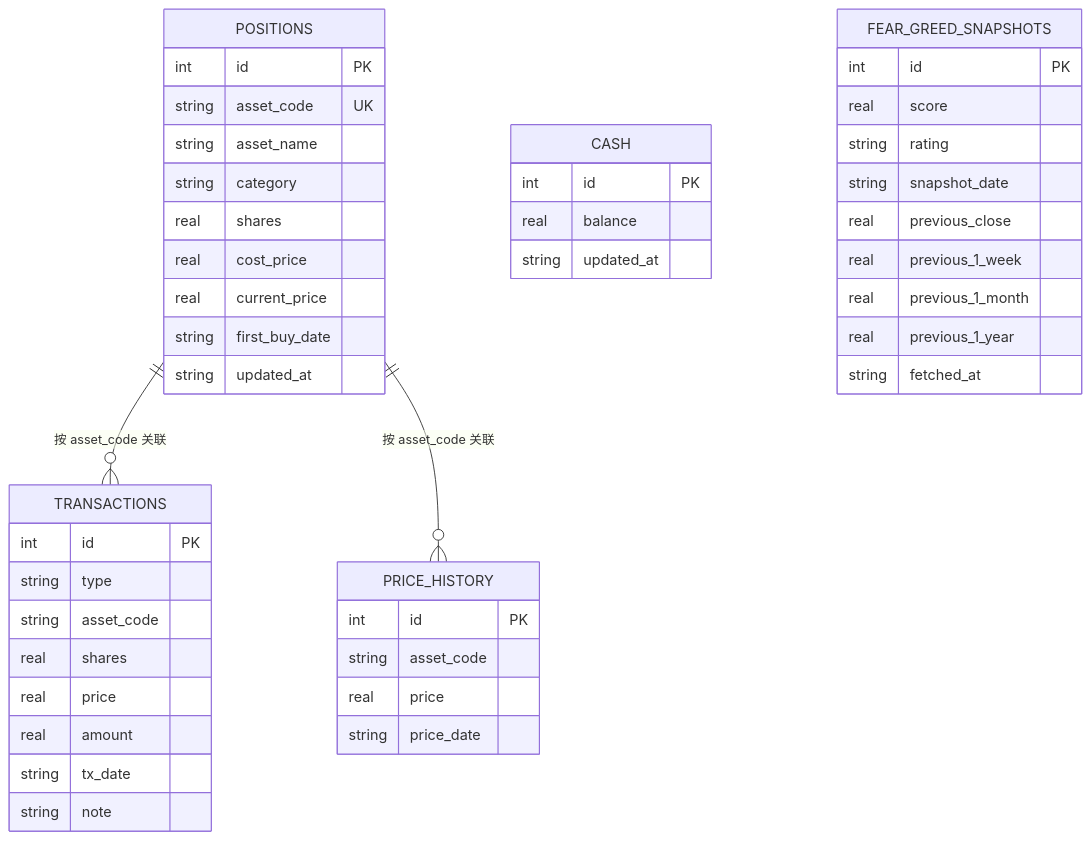
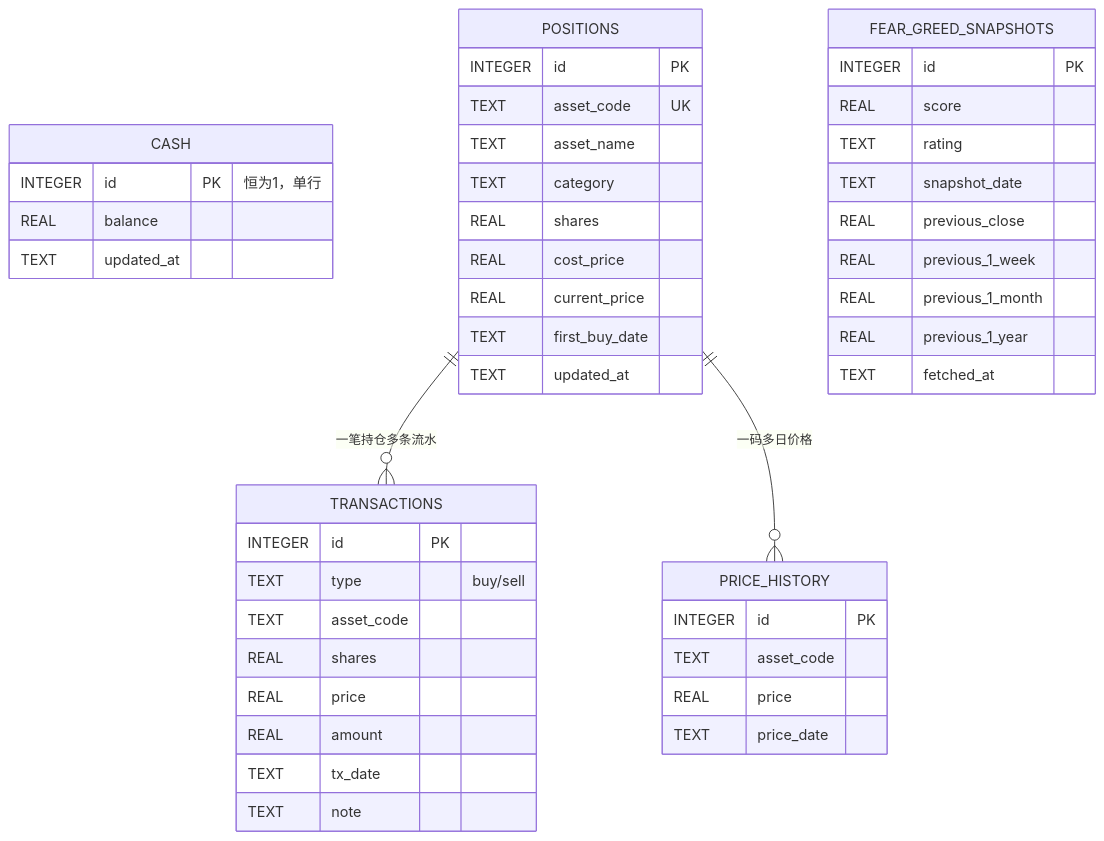
The diagram in .terrain/human/6.数据库概览.md (sopaco/money-never-sleep), drawn with Mermaid before and after one commit. The commit also changed other lines of this file and 59 other files, not shown here.

````diff
--- a/.terrain/human/6.数据库概览.md
+++ b/.terrain/human/6.数据库概览.md
@@ -25,48 +24,48 @@
 ```mermaid
 erDiagram
+    CASH {
+        INTEGER id PK "恒为1，单行"
+        REAL balance
+        TEXT updated_at
+    }
     POSITIONS {
-        int id PK
-        string asset_code UK
-        string asset_name
-        string category
-        real shares
-        real cost_price
-        real current_price
-        string first_buy_date
-        string updated_at
+        INTEGER id PK
+        TEXT asset_code UK
+        TEXT asset_name
+        TEXT category
+        REAL shares
+        REAL cost_price
+        REAL current_price
+        TEXT first_buy_date
+        TEXT updated_at
     }
     TRANSACTIONS {
-        int id PK
-        string type
-        string asset_code
-        real shares
-        real price
-        real amount
-        string tx_date
-        string note
+        INTEGER id PK
+        TEXT type "buy/sell"
+        TEXT asset_code
+        REAL shares
+        REAL price
+        REAL amount
+        TEXT tx_date
+        TEXT note
     }
     PRICE_HISTORY {
-        int id PK
-        string asset_code
-        real price
-        string price_date
-    }
-    CASH {
-        int id PK
-        real balance
-        string updated_at
+        INTEGER id PK
+        TEXT asset_code
+        REAL price
+        TEXT price_date
     }
     FEAR_GREED_SNAPSHOTS {
-        int id PK
-        real score
-        string rating
-        string snapshot_date
-        real previous_close
-        real previous_1_week
-        real previous_1_month
-        real previous_1_year
-        string fetched_at
+        INTEGER id PK
+        REAL score
+        TEXT rating
+        TEXT snapshot_date
+        REAL previous_close
+        REAL previous_1_week
+        REAL previous_1_month
+        REAL previous_1_year
+        TEXT fetched_at
     }
-    POSITIONS ||--o{ TRANSACTIONS : "按 asset_code 关联"
-    POSITIONS ||--o{ PRICE_HISTORY : "按 asset_code 关联"
+    POSITIONS ||--o{ TRANSACTIONS : "一笔持仓多条流水"
+    POSITIONS ||--o{ PRICE_HISTORY : "一码多日价格"
 ```
````
